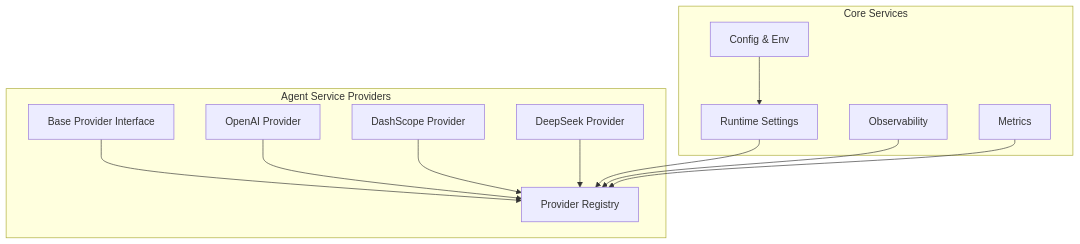
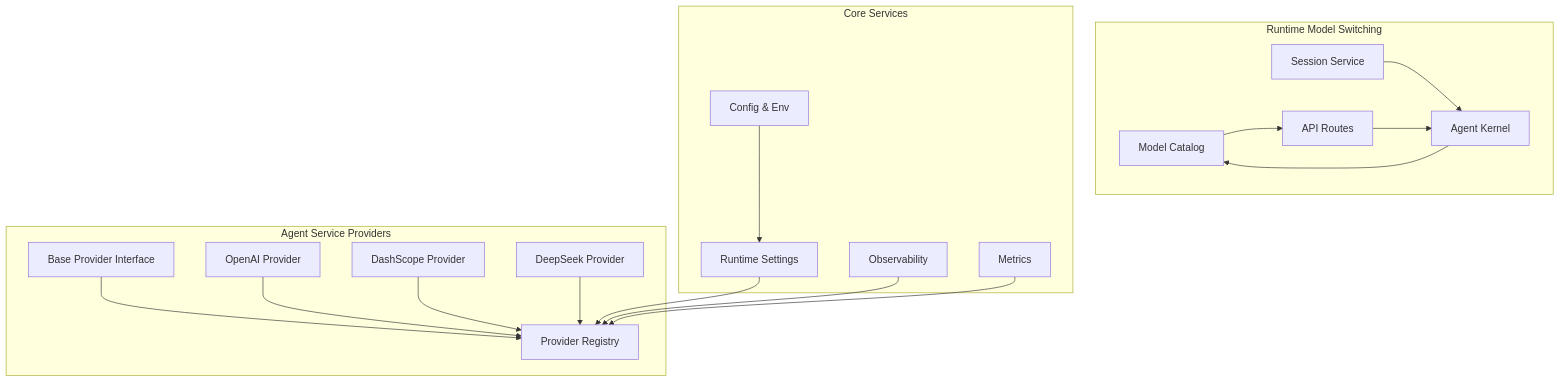
One commit to metasync/luban-aiops changed the first of 6 diagrams in .qoder/repowiki/en/content/Agent Platform Service/Provider Registry and Multi-Provider Support.md. Above: the diagram before and after it, drawn with Mermaid. The commit also changed other lines of this file and 24 other files, not shown here.

````diff
--- a/.qoder/repowiki/en/content/Agent Platform Service/Provider Registry and Multi-Provider Support.md
+++ b/.qoder/repowiki/en/content/Agent Platform Service/Provider Registry and Multi-Provider Support.md
@@ -40,24 +58,34 @@
 ```mermaid
 graph TB
 subgraph "Agent Service Providers"
 Base["Base Provider Interface"]
 Reg["Provider Registry"]
 OAI["OpenAI Provider"]
 DS["DashScope Provider"]
 DK["DeepSeek Provider"]
+end
+subgraph "Runtime Model Switching"
+Catalog["Model Catalog"]
+SessionSvc["Session Service"]
+Kernel["Agent Kernel"]
+Routes["API Routes"]
 end
 subgraph "Core Services"
 Cfg["Config & Env"]
 Obs["Observability"]
 Met["Metrics"]
 RS["Runtime Settings"]
 end
 Base --> Reg
 OAI --> Reg
 DS --> Reg
 DK --> Reg
+Catalog --> Routes
+SessionSvc --> Kernel
+Routes --> Kernel
+Kernel --> Catalog
 Cfg --> RS
 RS --> Reg
 Obs --> Reg
 Met --> Reg
 ```
````
